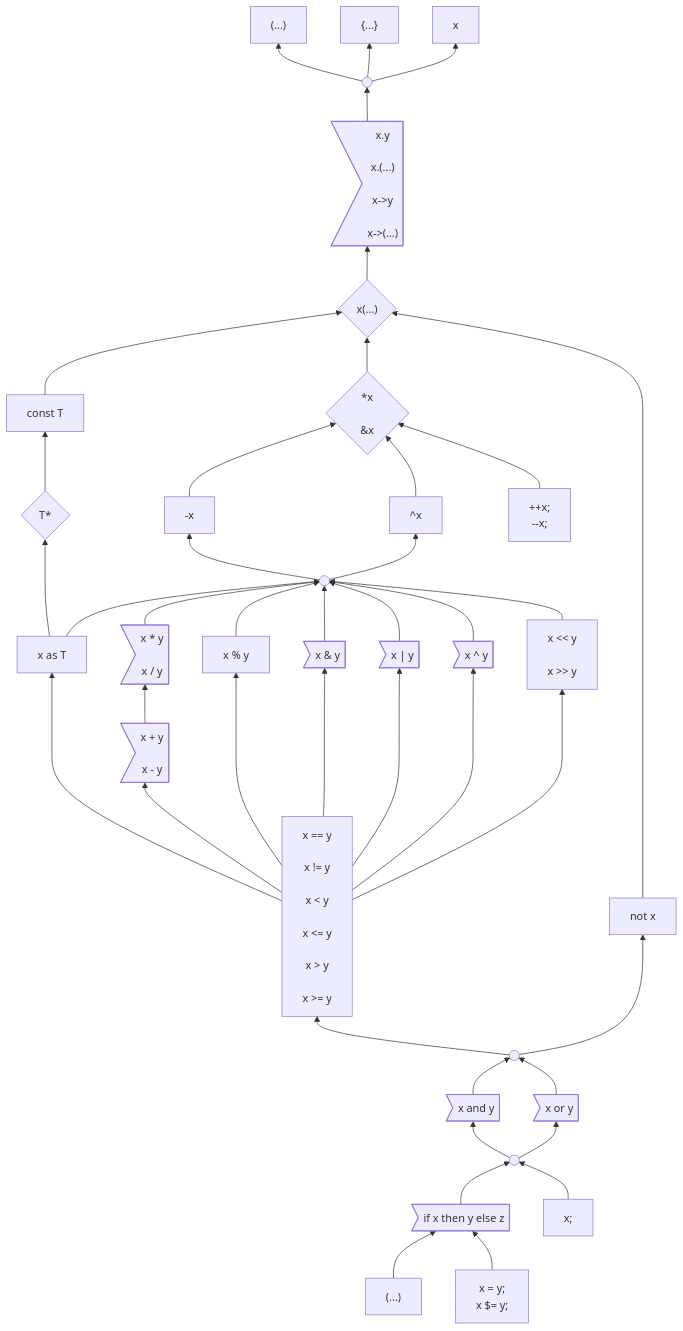
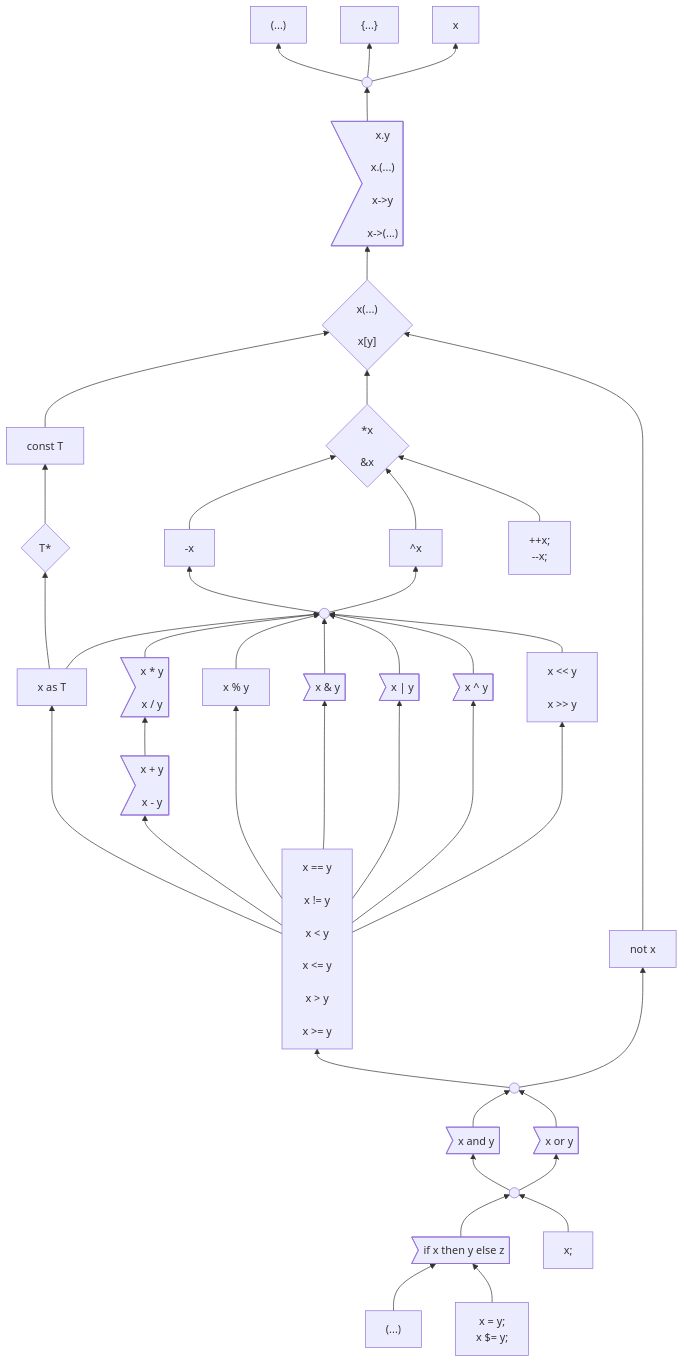
One commit to carbon-language/carbon-lang changed the first of 3 diagrams in docs/design/expressions/README.md. Above: the diagram before and after it, drawn with Mermaid. The commit also changed other lines of this file, not shown here.

Commit message:
Add indexing

```diff
--- a/docs/design/expressions/README.md
+++ b/docs/design/expressions/README.md
@@ -69,7 +69,8 @@
                   x->(...)"]
     click memberAccess "https://github.com/carbon-language/carbon-lang/blob/trunk/docs/design/expressions/member_access.md"
 
-    callPostfix{"x(...)"}
+    callAndIndexing{"x(...)<br>
+                     x[y]"}
 
     constType["const T"]
     click pointer-type "https://github.com/carbon-language/carbon-lang/blob/trunk/docs/design/expressions/type_operators.md"
@@ -151,17 +152,17 @@
     top --> parens & braces & unqualifiedName
     memberAccess --> top
 
-    callPostfix --> memberAccess
+    callAndIndexing --> memberAccess
 
-    constType --> callPostfix
+    constType --> callAndIndexing
     pointerType --> constType
     as --> pointerType
 
-    pointer --> callPostfix
+    pointer --> callAndIndexing
     negation & complement & incDec --> pointer
     unary --> negation & complement
     %% Use a longer arrow here to put `not` next to `and` and `or`.
-    not -------> callPostfix
+    not -------> callAndIndexing
     as & multiplication & modulo & bitwise_and & bitwise_or & bitwise_xor & shift --> unary
     addition --> multiplication
     comparison --> as & addition & modulo & bitwise_and & bitwise_or & bitwise_xor & shift
```
